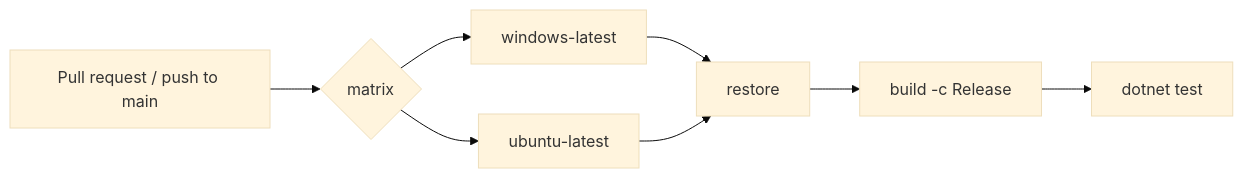
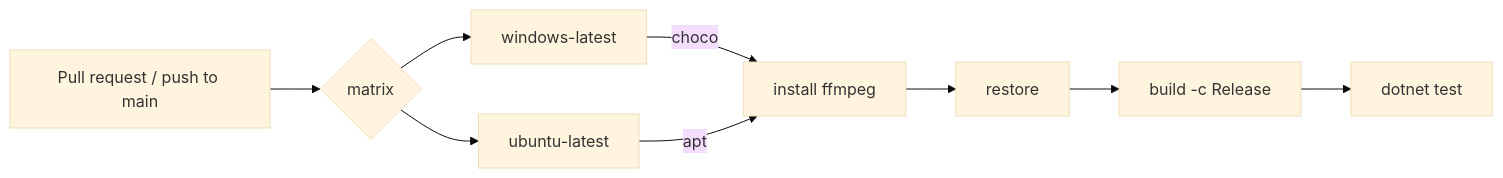
Before and after one commit to Joshmh7128/Lookback: the second of 4 diagrams in docs/wiki/Infrastructure.md, drawn with Mermaid (base theme). The commit also changed other lines of this file and 59 other files, not shown here.

````diff
--- a/docs/wiki/Infrastructure.md
+++ b/docs/wiki/Infrastructure.md
@@ -29,7 +29,9 @@
 ```mermaid
 flowchart LR
     PR[Pull request / push to main] --> M{matrix}
     M --> W[windows-latest]
     M --> U[ubuntu-latest]
-    W & U --> R1[restore] --> B[build -c Release] --> T[dotnet test]
+    W -- choco --> FF[install ffmpeg]
+    U -- apt --> FF
+    FF --> R1[restore] --> B[build -c Release] --> T[dotnet test]
 ```
````
